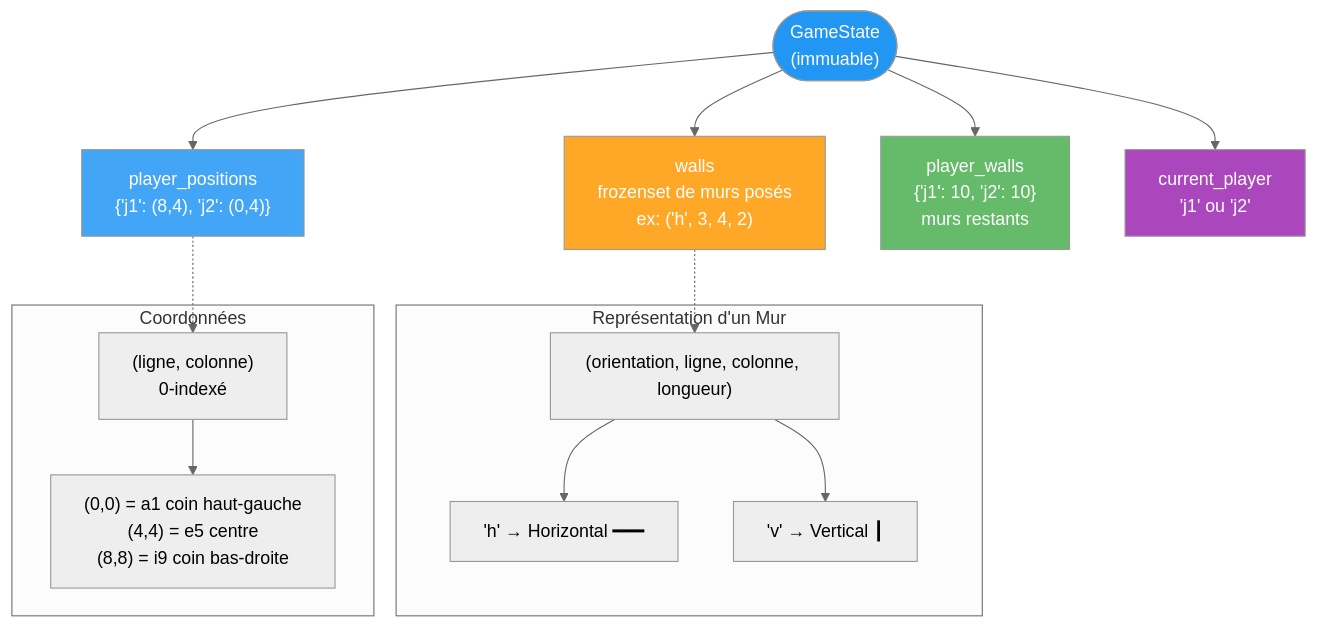
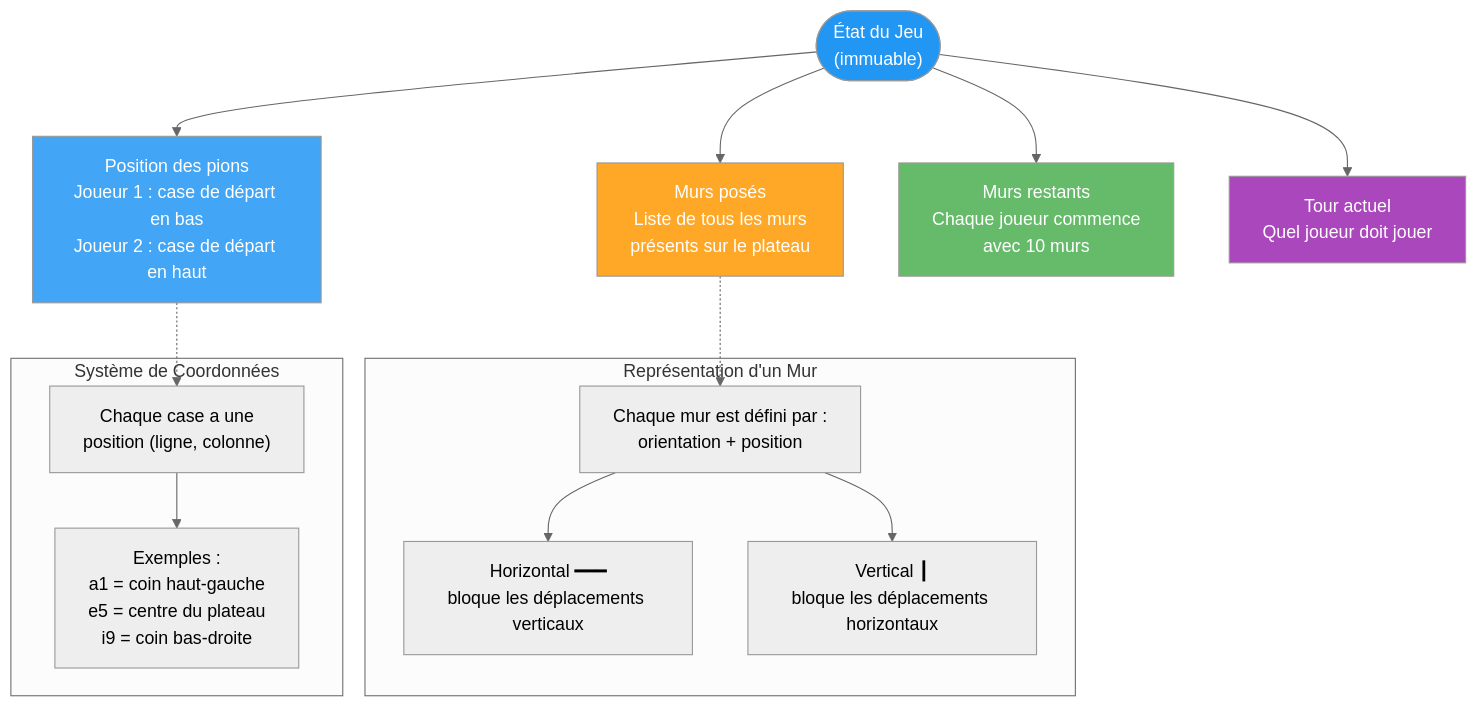
Before and after one commit to Silou1/Projet_mecatronique_I3: the first of 5 diagrams in flowcharts/04_plateau.md, drawn with Mermaid (neutral theme). The commit also changed other lines of this file and 3 other files, not shown here.

Commit message:
docs: simplify flowcharts with plain-language descriptions

````diff
--- a/flowcharts/04_plateau.md
+++ b/flowcharts/04_plateau.md
@@ -9,31 +11,31 @@
 ```mermaid
 flowchart TD
-    GS(["GameState<br/>(immuable)"]) --> POS["player_positions<br/>{'j1': (8,4), 'j2': (0,4)}"]
-    GS --> WALLS["walls<br/>frozenset de murs posés<br/>ex: ('h', 3, 4, 2)"]
-    GS --> PW["player_walls<br/>{'j1': 10, 'j2': 10}<br/>murs restants"]
-    GS --> CP["current_player<br/>'j1' ou 'j2'"]
+    GS(["État du Jeu<br/>(immuable)"]) --> POS["Position des pions<br/>Joueur 1 : case de départ en bas<br/>Joueur 2 : case de départ en haut"]
+    GS --> WALLS["Murs posés<br/>Liste de tous les murs<br/>présents sur le plateau"]
+    GS --> PW["Murs restants<br/>Chaque joueur commence<br/>avec 10 murs"]
+    GS --> CP["Tour actuel<br/>Quel joueur doit jouer"]
 
     subgraph "Représentation d'un Mur"
-        WALL_DEF["(orientation, ligne, colonne, longueur)"]
-        WALL_H["'h' → Horizontal ━━━"]
-        WALL_V["'v' → Vertical ┃"]
+        WALL_DEF["Chaque mur est défini par :<br/>orientation + position"]
+        WALL_H["Horizontal ━━━<br/>bloque les déplacements verticaux"]
+        WALL_V["Vertical ┃<br/>bloque les déplacements horizontaux"]
         WALL_DEF --> WALL_H
         WALL_DEF --> WALL_V
     end
 
     WALLS -.-> WALL_DEF
 
-    subgraph "Coordonnées"
-        COORD_DEF["(ligne, colonne)<br/>0-indexé"]
-        COORD_EX["(0,0) = a1 coin haut-gauche<br/>(4,4) = e5 centre<br/>(8,8) = i9 coin bas-droite"]
+    subgraph "Système de Coordonnées"
+        COORD_DEF["Chaque case a une<br/>position (ligne, colonne)"]
+        COORD_EX["Exemples :<br/>a1 = coin haut-gauche<br/>e5 = centre du plateau<br/>i9 = coin bas-droite"]
         COORD_DEF --> COORD_EX
     end
 
     POS -.-> COORD_DEF
 
     style GS fill:#2196F3,color:#fff
     style POS fill:#42A5F5,color:#fff
     style WALLS fill:#FFA726,color:#fff
     style PW fill:#66BB6A,color:#fff
     style CP fill:#AB47BC,color:#fff
 ```
````
